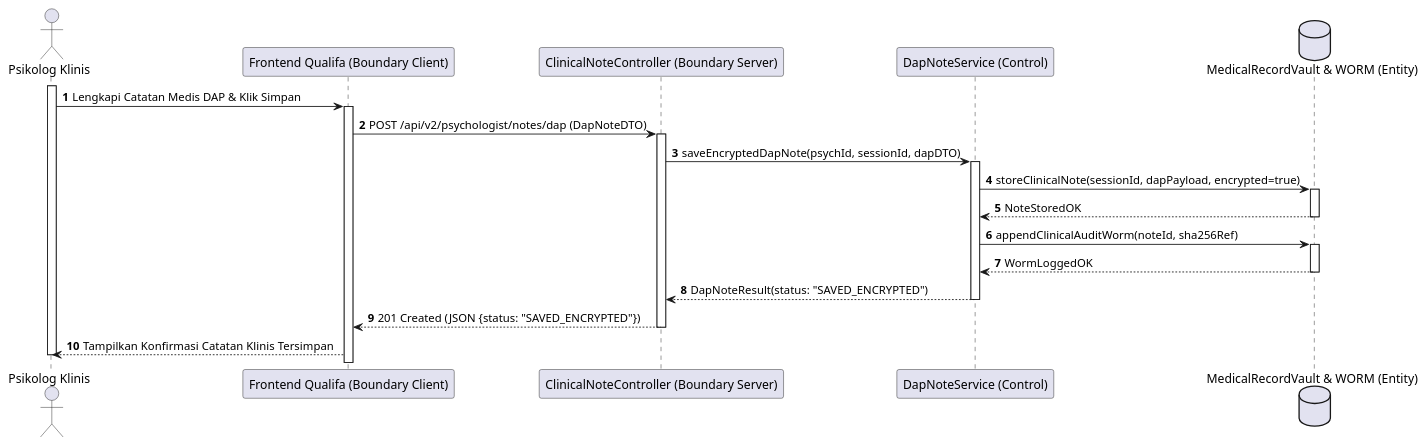
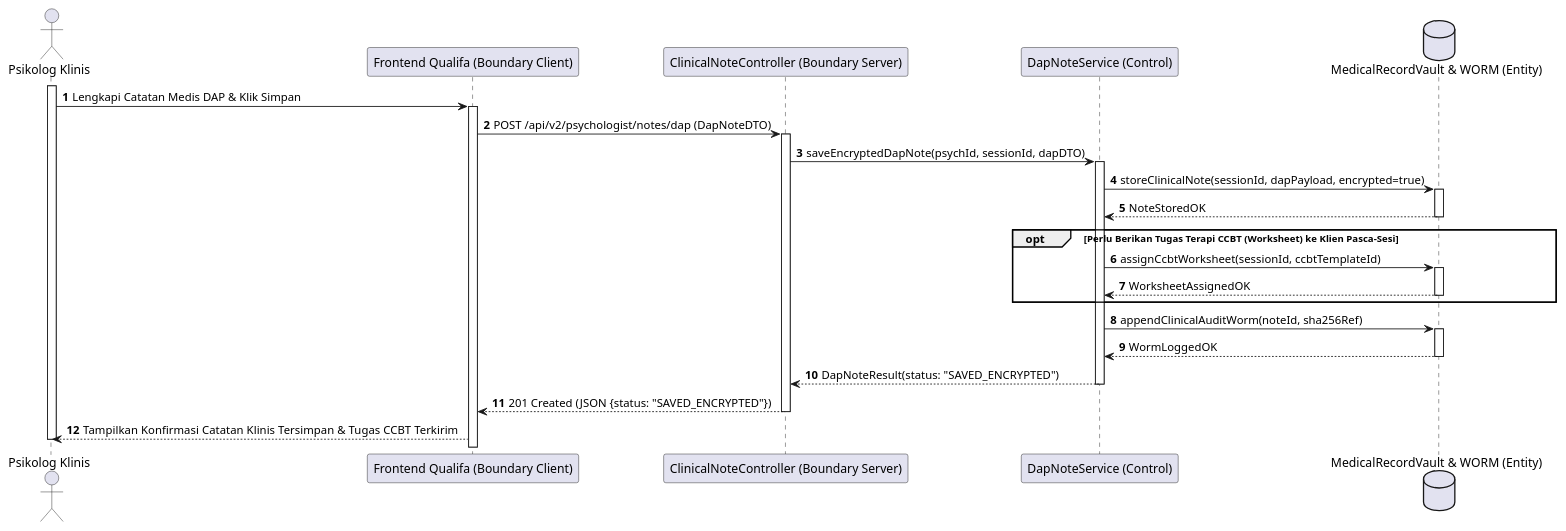
Before and after one commit to tupperwureism/SuperApp-Gagal: diagram 24 of 28 in MarkDown/plantuml_sequence_diagrams.md, drawn with PlantUML. The commit also changed other lines of this file and 1 other file, not shown here.

Commit message:
docs: Deep 1-to-1 logical synchronization across all 28 Sequence Diagrams with AD branches

````diff
--- a/MarkDown/plantuml_sequence_diagrams.md
+++ b/MarkDown/plantuml_sequence_diagrams.md
@@ -1153,23 +1287,29 @@
 ```plantuml
 @startuml
 autonumber
 actor "Psikolog Klinis" as User
 participant "Frontend Qualifa (Boundary Client)" as B_FE
 participant "ClinicalNoteController (Boundary Server)" as B_BE
 participant "DapNoteService (Control)" as C_Svc
 database "MedicalRecordVault & WORM (Entity)" as E_DB
 
 activate User
 User -> B_FE ++ : Lengkapi Catatan Medis DAP & Klik Simpan
 B_FE -> B_BE ++ : POST /api/v2/psychologist/notes/dap (DapNoteDTO)
 B_BE -> C_Svc ++ : saveEncryptedDapNote(psychId, sessionId, dapDTO)
 C_Svc -> E_DB ++ : storeClinicalNote(sessionId, dapPayload, encrypted=true)
 E_DB --> C_Svc -- : NoteStoredOK
+
+opt Perlu Berikan Tugas Terapi CCBT (Worksheet) ke Klien Pasca-Sesi
+    C_Svc -> E_DB ++ : assignCcbtWorksheet(sessionId, ccbtTemplateId)
+    E_DB --> C_Svc -- : WorksheetAssignedOK
+end
+
 C_Svc -> E_DB ++ : appendClinicalAuditWorm(noteId, sha256Ref)
 E_DB --> C_Svc -- : WormLoggedOK
 C_Svc --> B_BE -- : DapNoteResult(status: "SAVED_ENCRYPTED")
 B_BE --> B_FE -- : 201 Created (JSON {status: "SAVED_ENCRYPTED"})
-B_FE --> User : Tampilkan Konfirmasi Catatan Klinis Tersimpan
+B_FE --> User : Tampilkan Konfirmasi Catatan Klinis Tersimpan & Tugas CCBT Terkirim
 deactivate User
 @enduml
 ```
````
